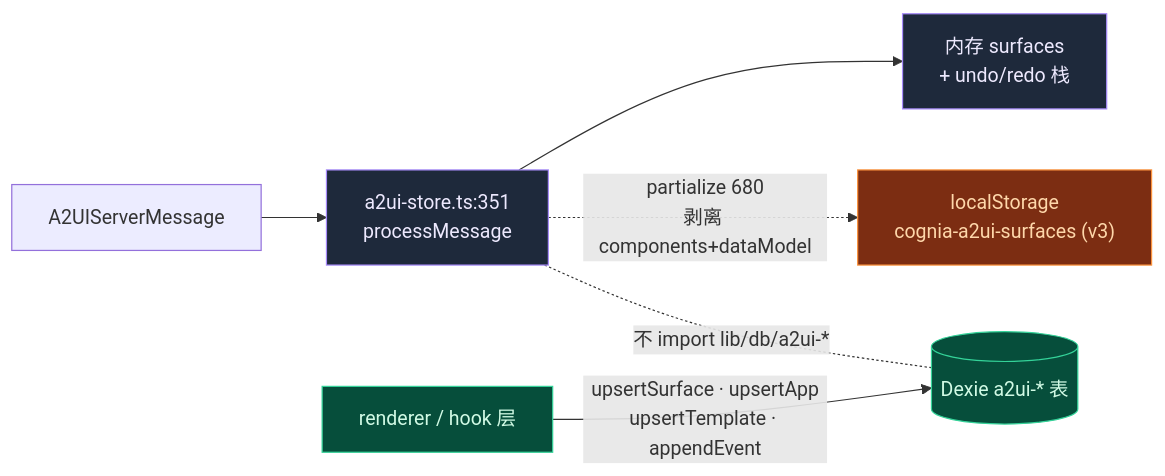
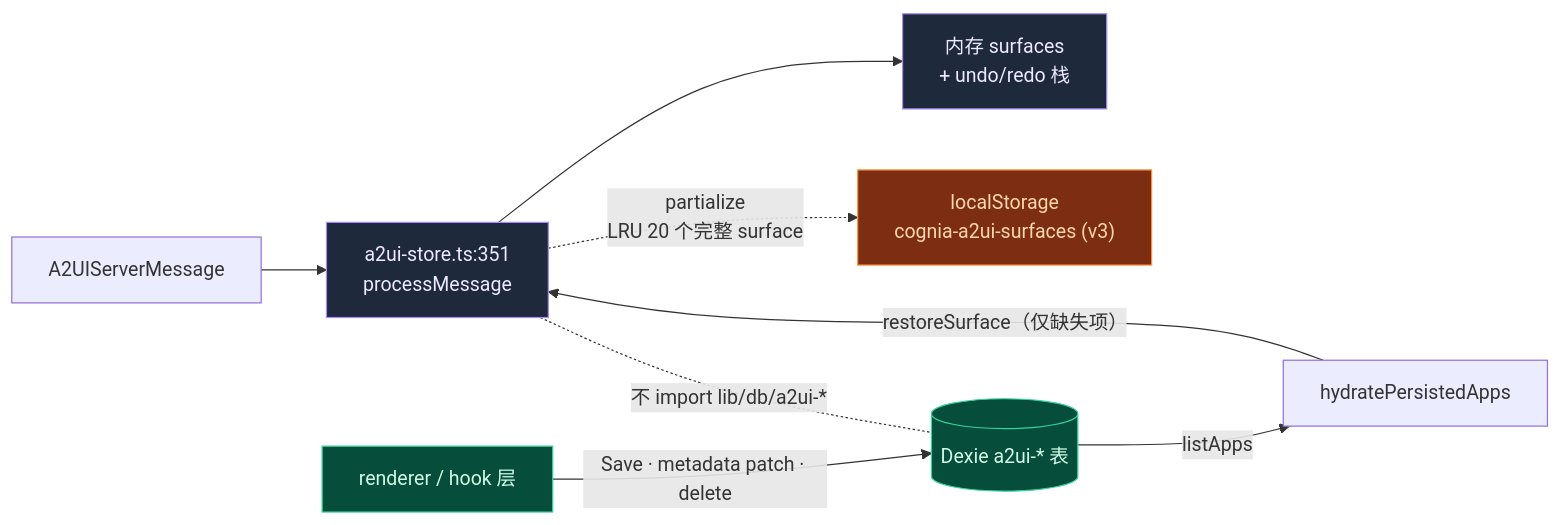
Before and after one commit to MaxQian888/cognia-next: the first of 3 diagrams in docs/content/docs/zh/subsystems/a2ui/state-persistence.mdx, drawn with Mermaid. The commit also changed other lines of this file and 84 other files, not shown here.

````diff
--- a/docs/content/docs/zh/subsystems/a2ui/state-persistence.mdx
+++ b/docs/content/docs/zh/subsystems/a2ui/state-persistence.mdx
@@ -45,15 +47,17 @@
 ```mermaid
 flowchart LR
   MSG["A2UIServerMessage"] --> STORE["a2ui-store.ts:351<br/>processMessage"]
   STORE --> MEM["内存 surfaces<br/>+ undo/redo 栈"]
-  STORE -.->|"partialize 680<br/>剥离 components+dataModel"| LS["localStorage<br/>cognia-a2ui-surfaces (v3)"]
-  REND["renderer / hook 层"] -->|"upsertSurface · upsertApp<br/>upsertTemplate · appendEvent"| DEXIE[("Dexie a2ui-* 表")]
+  STORE -.->|"partialize<br/>LRU 20 个完整 surface"| LS["localStorage<br/>cognia-a2ui-surfaces (v3)"]
+  REND["renderer / hook 层"] -->|"Save · metadata patch · delete"| DEXIE[("Dexie a2ui-* 表")]
+  DEXIE -->|"listApps"| HYDRATE["hydratePersistedApps"]
+  HYDRATE -->|"restoreSurface（仅缺失项）"| STORE
   STORE -. "不 import lib/db/a2ui-*" .- DEXIE
 
   classDef store fill:#1e293b,stroke:#a78bfa,color:#ede9fe
   classDef ls fill:#7c2d12,stroke:#fb923c,color:#fed7aa
   classDef dx fill:#064e3b,stroke:#34d399,color:#d1fae5
   class STORE,MEM store
   class LS ls
   class REND,DEXIE dx
 ```
````
